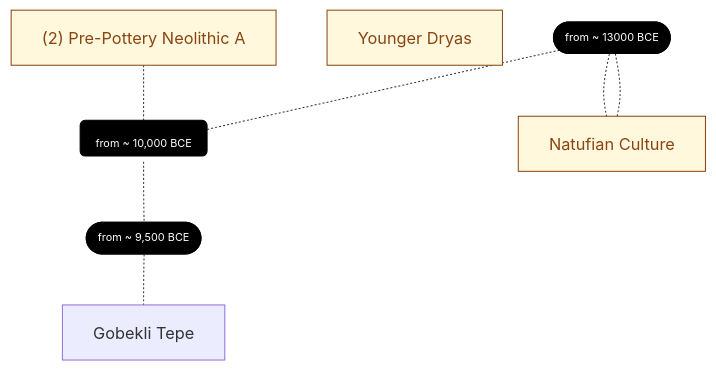
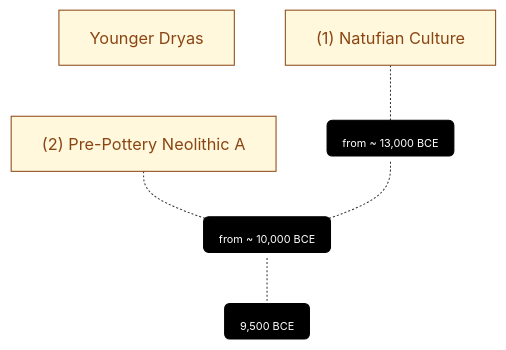
One commit to joe-dorward/samples changed the third of 3 diagrams in 0000_General/timeline_v1.01.md. Above: the diagram before and after it, drawn with Mermaid. The commit also changed other lines of this file, not shown here.

````diff
--- a/0000_General/timeline_v1.01.md
+++ b/0000_General/timeline_v1.01.md
@@ -16,35 +33,33 @@
 ```mermaid
 flowchart TD
   %%classDef When height:90px, valign:top, fill:black, color:white, stroke:black, font-family:verdana, font-size:12pt, padding:0px;
   %%classDef What fill:cornsilk, stroke:saddlebrown, color:saddlebrown, font-family:verdana, text-align:left, margin:8px;
 
   classDef When fill:black, color:white, stroke:black, font-size:8pt, height:35px, padding:0px, margin:0px;
   classDef What fill:cornsilk, stroke:saddlebrown, color:saddlebrown, text-align:left;
 
   13000("from ~ 13,000 BCE")
   10000("from ~ 10,000 BCE")
   9500("9,500 BCE")
 
   YOUNGER_DRYAS["Younger Dryas"]
   NATUFIAN["(1) Natufian Culture"]
   PPNA["(2) Pre-Pottery Neolithic A"]
 
   class YOUNGER_DRYAS,NATUFIAN,PPNA What;
   class 9500,10000,13000,10000 When;
 
 
   YOUNGER_DRYAS
 
   NATUFIAN-.-13000
   PPNA-.-10000
 
   13000-.-
   10000-.-
   9500
     
-    %% ========== ========== ========== ========== ==========
-    13000([from ~ 13000 BCE])-.-NATUFIAN[Natufian Culture]
-    9500([from ~ 9,500 BCE])-.-GOBEKLI_TEPE[Gobekli Tepe]
+
 
 
 ```
````
